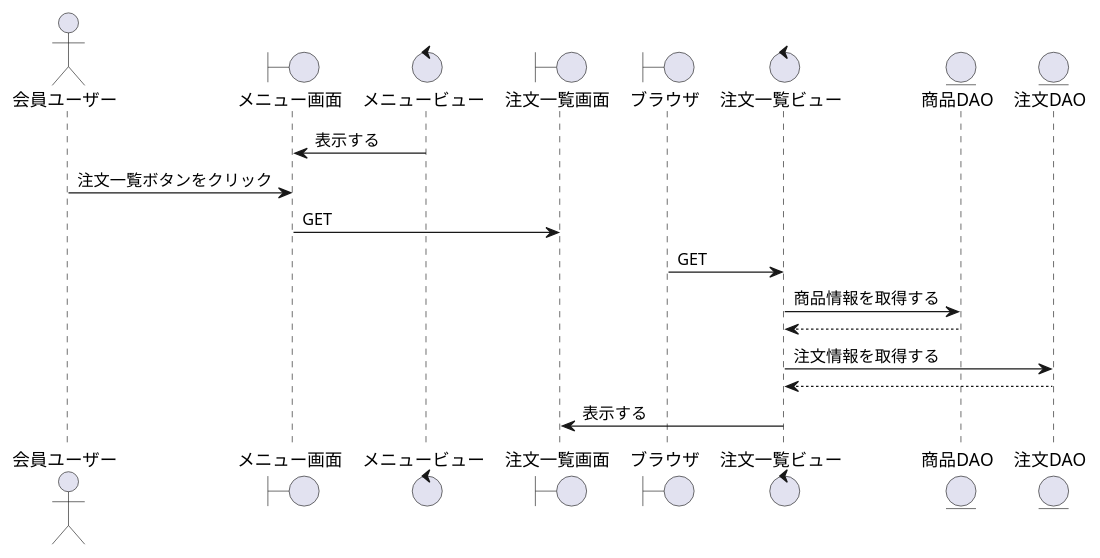
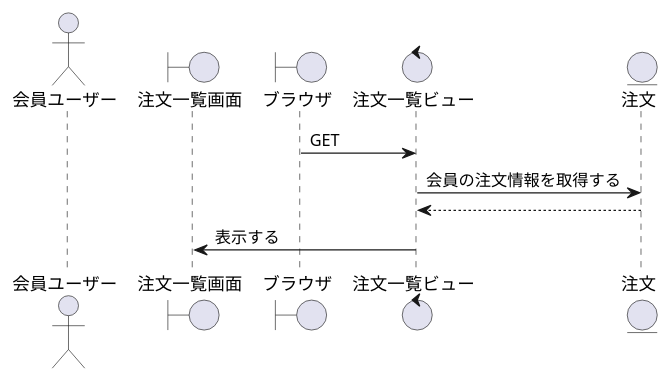
One commit to ysyk-wtnb16/team_D changed the diagram in BBショップ/注文履歴.wsd. Above: the diagram before and after it, drawn with PlantUML. The commit also changed 2 other files, not shown here.

```diff
--- a/BBショップ/注文履歴.wsd
+++ b/BBショップ/注文履歴.wsd
@@ -1,21 +1,16 @@
 @startuml rireki
 actor "会員ユーザー" as act
-boundary "メニュー画面" as menu 
-control "メニュービュー" as menuv
 boundary "注文一覧画面" as tib
 boundary "ブラウザ" as brz
 control "注文一覧ビュー" as tiv
-entity "商品DAO" as product
-entity "注文DAO" as order
+' entity "商品" as product
+entity "注文" as order
 
-menu <- menuv: 表示する
-act -> menu: 注文一覧ボタンをクリック
-menu -> tib: GET
 brz -> tiv: GET
-tiv -> product: 商品情報を取得する
-tiv <-- product
-tiv -> order: 注文情報を取得する
+' tiv -> product: 商品情報を取得する
+' tiv <-- product
+tiv -> order: 会員の注文情報を取得する
 tiv <-- order
 tib <- tiv: 表示する
 
 @enduml
```
